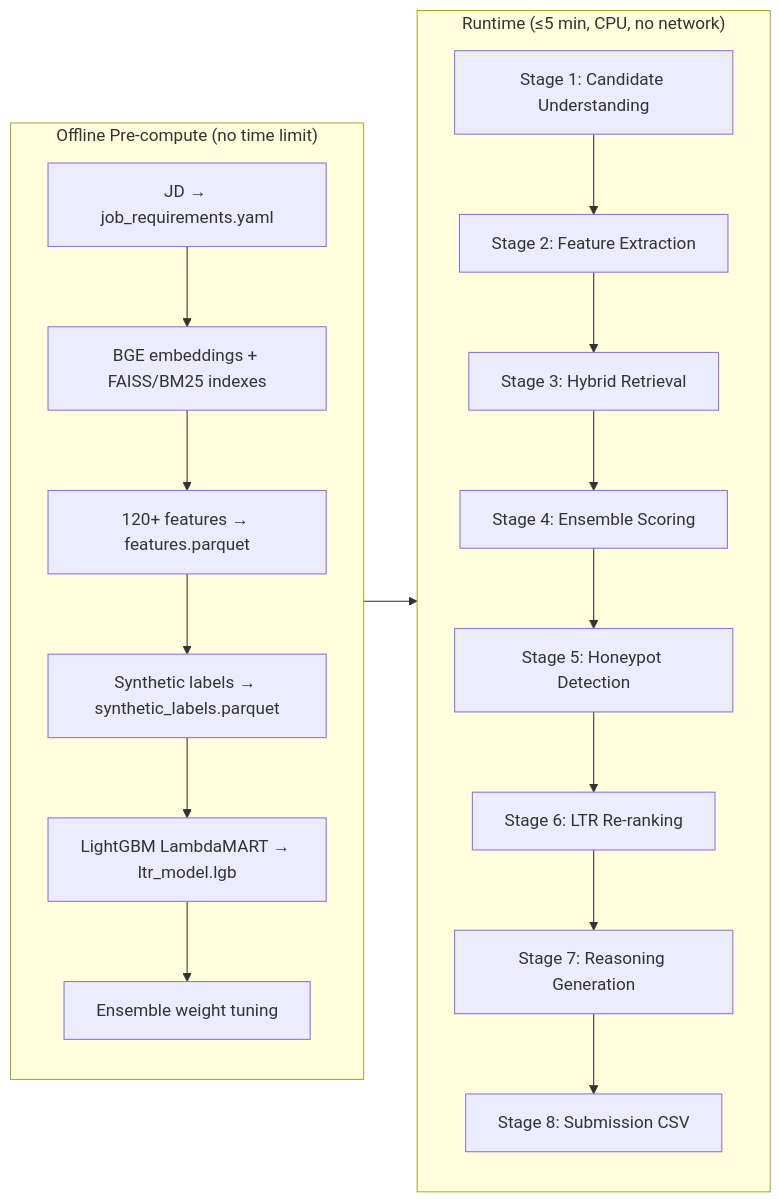
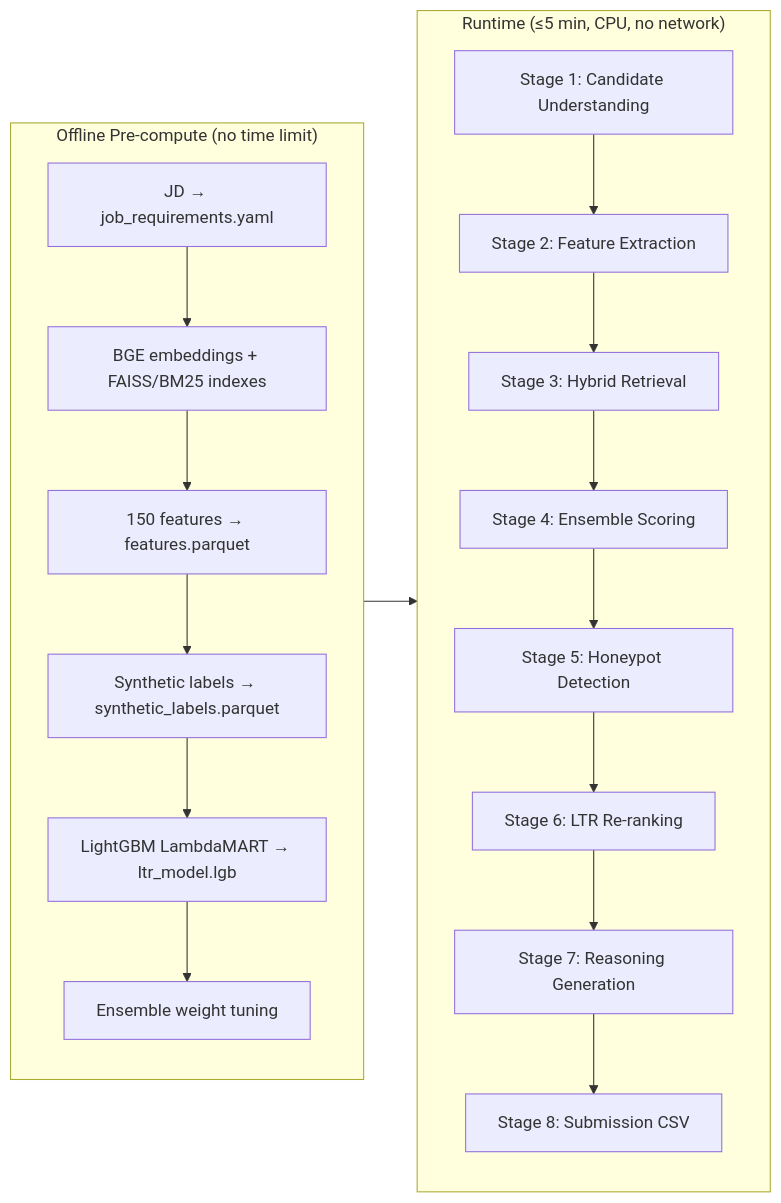
Before and after one commit to anuraggjena/redrob-ai-challenge: the diagram in README.md, drawn with Mermaid. The commit also changed other lines of this file and 3 other files, not shown here.

````diff
--- a/README.md
+++ b/README.md
@@ -26,26 +26,26 @@
 ```mermaid
 flowchart LR
     subgraph offline ["Offline Pre-compute (no time limit)"]
         JD["JD → job_requirements.yaml"]
         EMB["BGE embeddings + FAISS/BM25 indexes"]
-        FEAT["120+ features → features.parquet"]
+        FEAT["150 features → features.parquet"]
         LABELS["Synthetic labels → synthetic_labels.parquet"]
         LTR["LightGBM LambdaMART → ltr_model.lgb"]
         TUNE["Ensemble weight tuning"]
         JD --> EMB --> FEAT --> LABELS --> LTR --> TUNE
     end
 
     subgraph runtime ["Runtime (≤5 min, CPU, no network)"]
         S1["Stage 1: Candidate Understanding"]
         S2["Stage 2: Feature Extraction"]
         S3["Stage 3: Hybrid Retrieval"]
         S4["Stage 4: Ensemble Scoring"]
         S5["Stage 5: Honeypot Detection"]
         S6["Stage 6: LTR Re-ranking"]
         S7["Stage 7: Reasoning Generation"]
         S8["Stage 8: Submission CSV"]
         S1 --> S2 --> S3 --> S4 --> S5 --> S6 --> S7 --> S8
     end
 
     offline --> runtime
 ```
````
